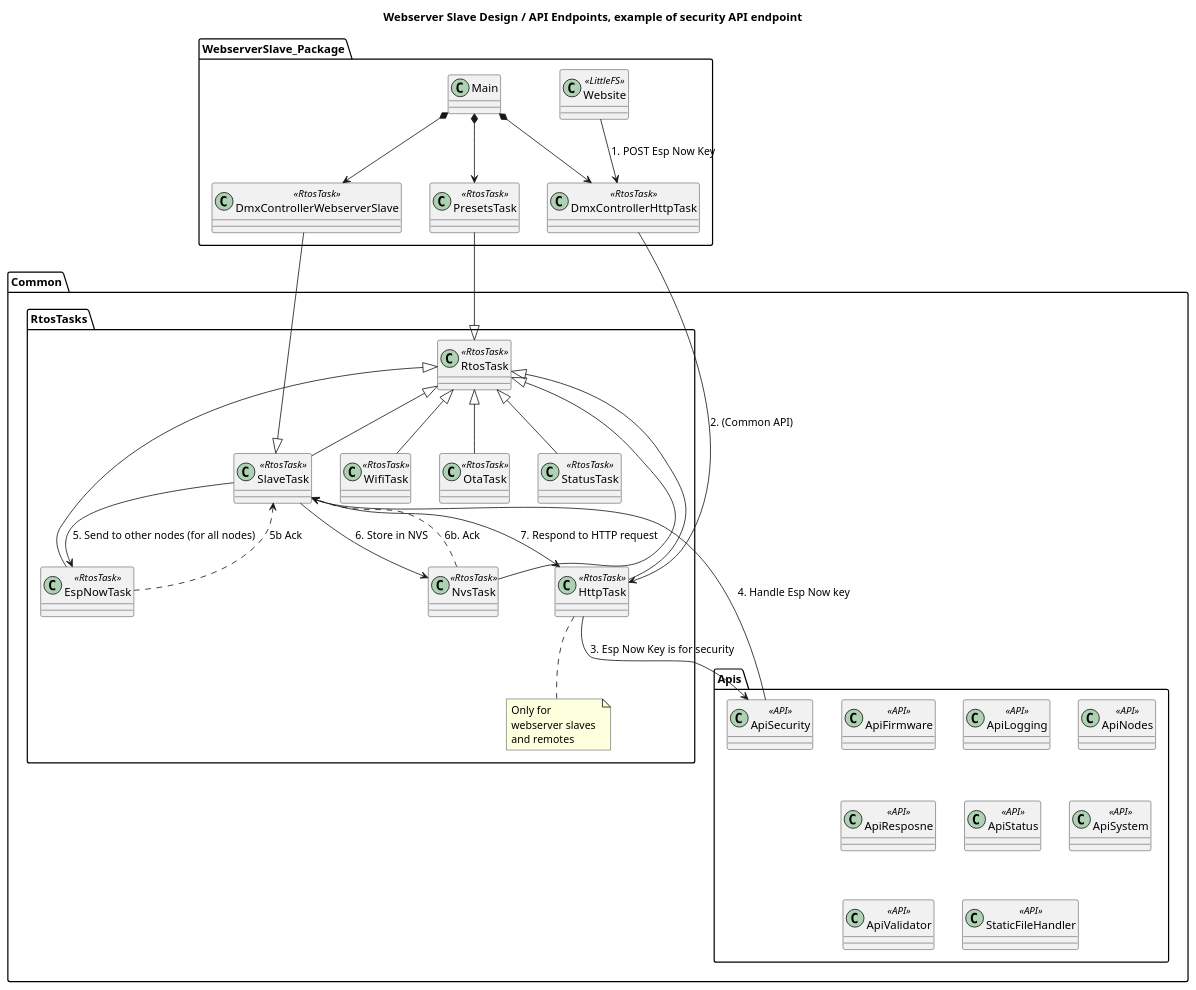
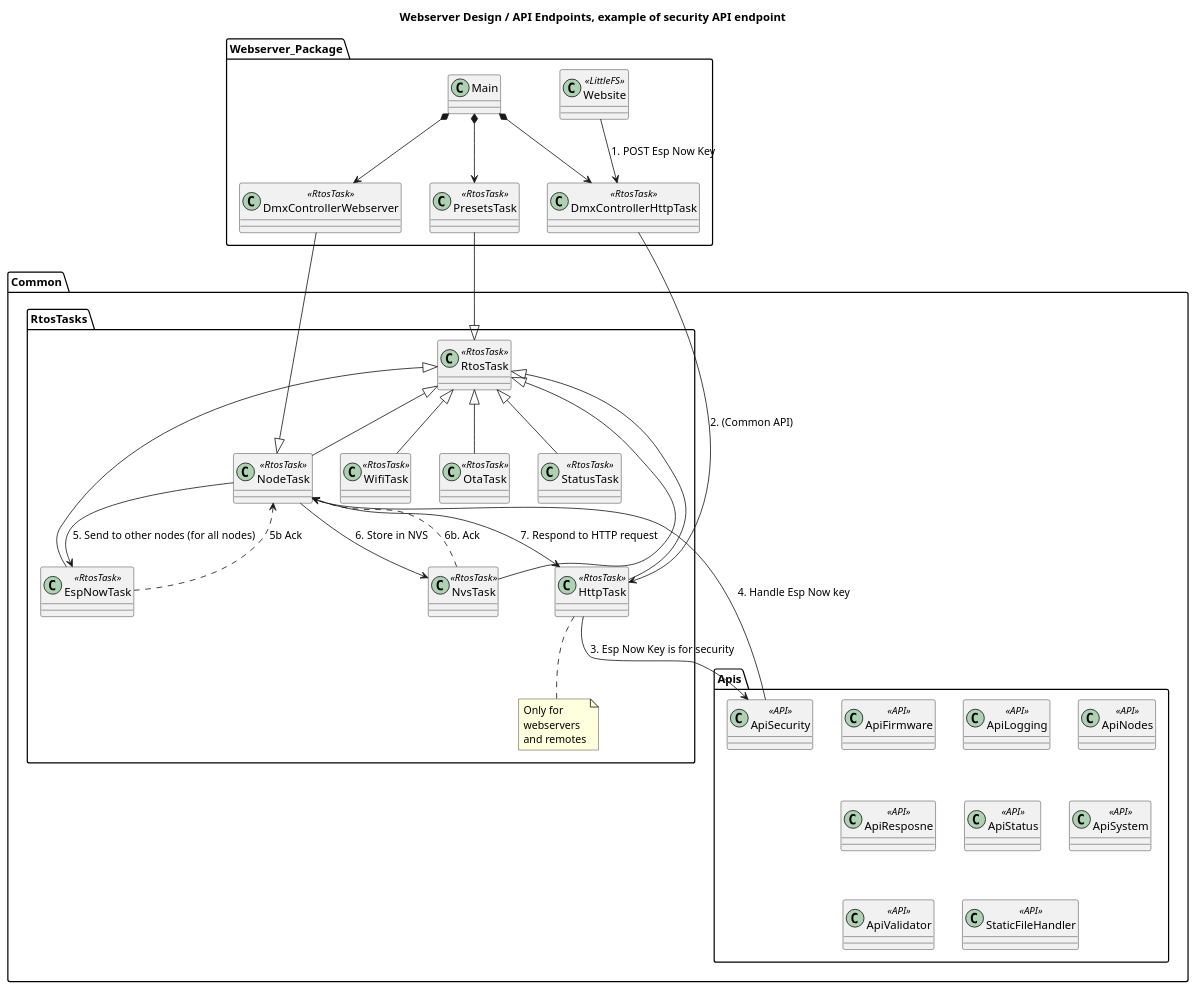
Before and after one commit to michelkeijzers/Esp32Framework: the second of 5 diagrams in docs/requirements_and_dds/slaves/webserver_slave.puml, drawn with PlantUML. The commit also changed other lines of this file and 37 other files, not shown here.

Commit message:
Removed slave -> node

```diff
--- a/docs/requirements_and_dds/slaves/webserver_slave.puml
+++ b/docs/requirements_and_dds/slaves/webserver_slave.puml
@@ -79,79 +79,79 @@
 @startuml 
 
-title Webserver Slave Design / API Endpoints, example of security API endpoint 
+title Webserver Design / API Endpoints, example of security API endpoint 
 
-package WebserverSlave_Package
+package Webserver_Package
 {
     class Main {}
 
-    class DmxControllerWebserverSlave <<RtosTask>> {}
+    class DmxControllerWebserver <<RtosTask>> {}
 
     class Website <<LittleFS>>
 
     class DmxControllerHttpTask <<RtosTask>> {}
     class PresetsTask <<RtosTask>> {}
 
-    Main *--> DmxControllerWebserverSlave
+    Main *--> DmxControllerWebserver
     Main *--> DmxControllerHttpTask
     Main *--> PresetsTask
 
     Website --> DmxControllerHttpTask : 1. POST Esp Now Key
 }
 
 package Common 
 {
     package Apis 
     {
         class ApiFirmware <<API>> {}
         class ApiLogging <<API>> {}
         class ApiNodes <<API>> {}
         class ApiResposne <<API>> {}
         class ApiSecurity <<API>> {}
         class ApiStatus <<API>> {}
         class ApiSystem <<API>> {}
         class ApiValidator <<API>> {}
         class StaticFileHandler <<API>> {}
     }
 
     package RtosTasks
     {
         class RtosTask <<RtosTask>> {}
 
-        class SlaveTask <<RtosTask>> {}
+        class NodeTask <<RtosTask>> {}
         class HttpTask <<RtosTask>> {}
         note bottom of HttpTask
             Only for
-            webserver slaves 
+            webservers
             and remotes
         end note        
         class WifiTask <<RtosTask>> {}
         class EspNowTask <<RtosTask>> {}
         class OtaTask <<RtosTask>> {}
         class StatusTask <<RtosTask>> {}
         class NvsTask <<RtosTask>> {}
 
-        SlaveTask -u-|> RtosTask
+        NodeTask -u-|> RtosTask
         HttpTask -u-|> RtosTask
         WifiTask -u-|> RtosTask
         EspNowTask -u-|> RtosTask
         OtaTask -u-|> RtosTask
         StatusTask -u-|> RtosTask
         NvsTask -u-|> RtosTask
     }
 
     HttpTask --> ApiSecurity : 3. Esp Now Key is for security
-    ApiSecurity --> SlaveTask : 4. Handle Esp Now key
-    SlaveTask --> EspNowTask : 5. Send to other nodes (for all nodes)
-    EspNowTask ..> SlaveTask: 5b Ack
-    SlaveTask --> NvsTask : 6. Store in NVS 
-    NvsTask ..> SlaveTask : 6b. Ack
-    SlaveTask --> HttpTask : 7. Respond to HTTP request
+    ApiSecurity --> NodeTask : 4. Handle Esp Now key
+    NodeTask --> EspNowTask : 5. Send to other nodes (for all nodes)
+    EspNowTask ..> NodeTask: 5b Ack
+    NodeTask --> NvsTask : 6. Store in NVS 
+    NvsTask ..> NodeTask : 6b. Ack
+    NodeTask --> HttpTask : 7. Respond to HTTP request
 
 
 }
 
-DmxControllerWebserverSlave --|> SlaveTask
+DmxControllerWebserver --|> NodeTask
 DmxControllerHttpTask --> HttpTask : 2. (Common API)
 PresetsTask --|> RtosTask
 
 @enduml
```
